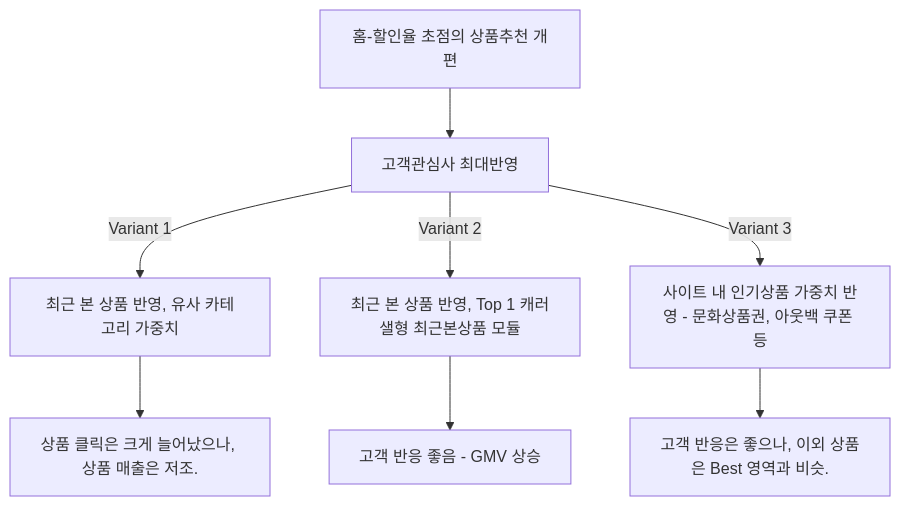
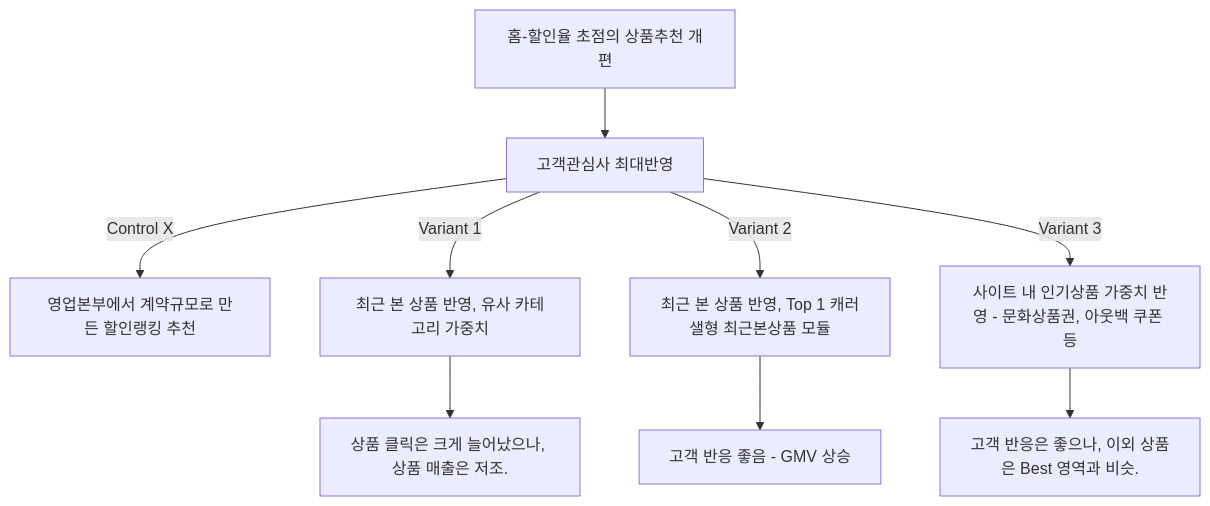
One commit to seopw28/vex changed the diagram in 1_Anaysis_History/3_1_HM_RVI.md. Above: the diagram before and after it, drawn with Mermaid. The commit also changed 2 other files, not shown here.

Commit message:
analysis

````diff
--- a/1_Anaysis_History/3_1_HM_RVI.md
+++ b/1_Anaysis_History/3_1_HM_RVI.md
@@ -17,9 +17,10 @@
 ```mermaid
 flowchart TD
 
     a[홈-할인율 초점의 상품추천 개편] --> b[고객관심사 최대반영]
+    b --> |Control X| x[영업본부에서 계약규모로 만든 할인랭킹 추천]
     b --> |Variant 1| c[최근 본 상품 반영, 유사 카테고리 가중치] --> f[상품 클릭은 크게 늘어났으나, 상품 매출은 저조.]
     b --> |Variant 2| d[최근 본 상품 반영, Top 1 캐러샐형 최근본상품 모듈] --> g[고객 반응 좋음 - GMV 상승]
     b --> |Variant 3| e[사이트 내 인기상품 가중치 반영 - 문화상품권, 아웃백 쿠폰 등 ] --> h[고객 반응은 좋으나, 이외 상품은 Best 영역과 비슷.]
 
 ```
````
